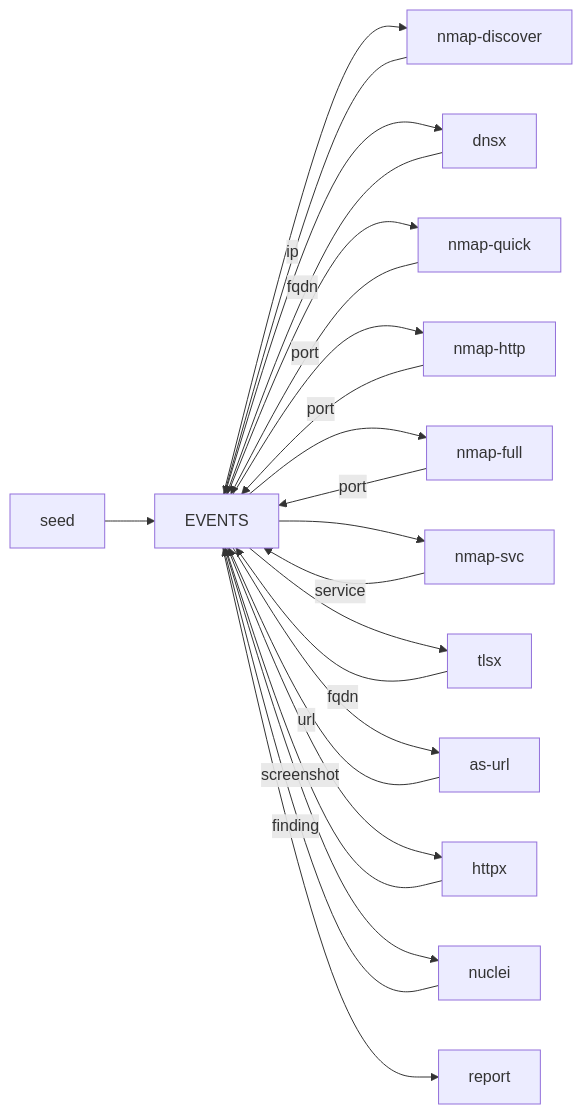
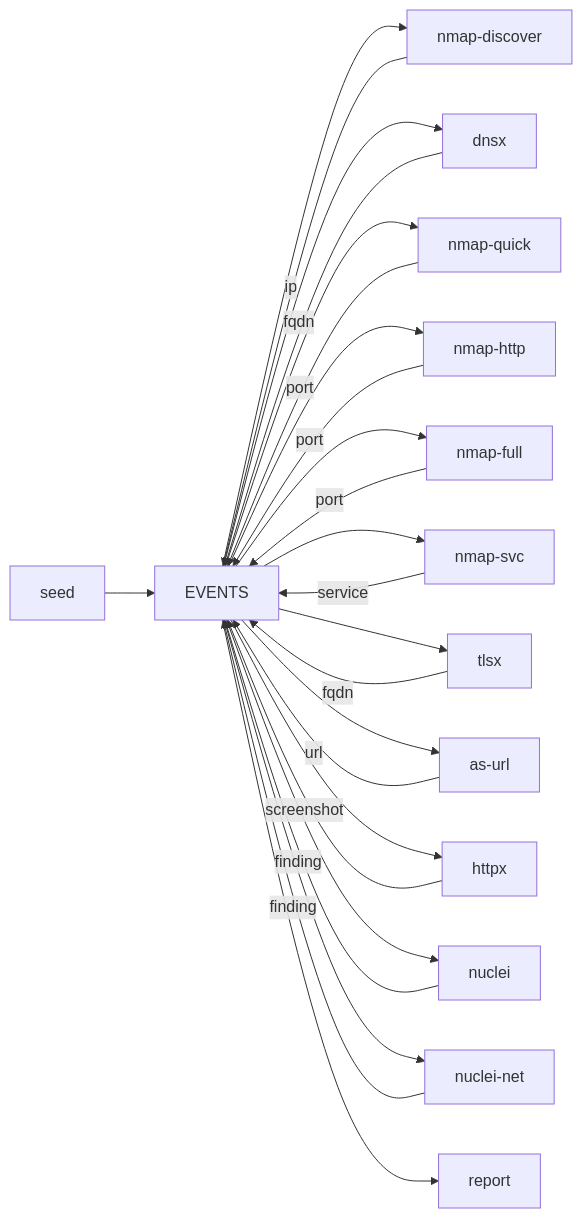
One commit to tomsteele/adama changed the diagram in README.md. Above: the diagram before and after it, drawn with Mermaid. The commit also changed other lines of this file and 5 other files, not shown here.

````diff
--- a/README.md
+++ b/README.md
@@ -7,25 +7,27 @@
 ```mermaid
 flowchart LR
   seed[seed] --> events[EVENTS]
   events --> nmapDiscover[nmap-discover]
   nmapDiscover -->|ip| events
   events --> dnsx
   dnsx -->|fqdn| events
   events --> nmapQuick[nmap-quick]
   events --> nmapHttp[nmap-http]
   events --> nmapFull[nmap-full]
   nmapQuick -->|port| events
   nmapHttp -->|port| events
   nmapFull -->|port| events
   events --> nmapSvc[nmap-svc]
   events --> tlsx
   nmapSvc -->|service| events
   tlsx -->|fqdn| events
   events --> asUrl[as-url]
   asUrl -->|url| events
   events --> httpx
   events --> nuclei
+  events --> nucleiNet[nuclei-net]
   httpx -->|screenshot| events
   nuclei -->|finding| events
+  nucleiNet -->|finding| events
   events --> report
 ```
````
